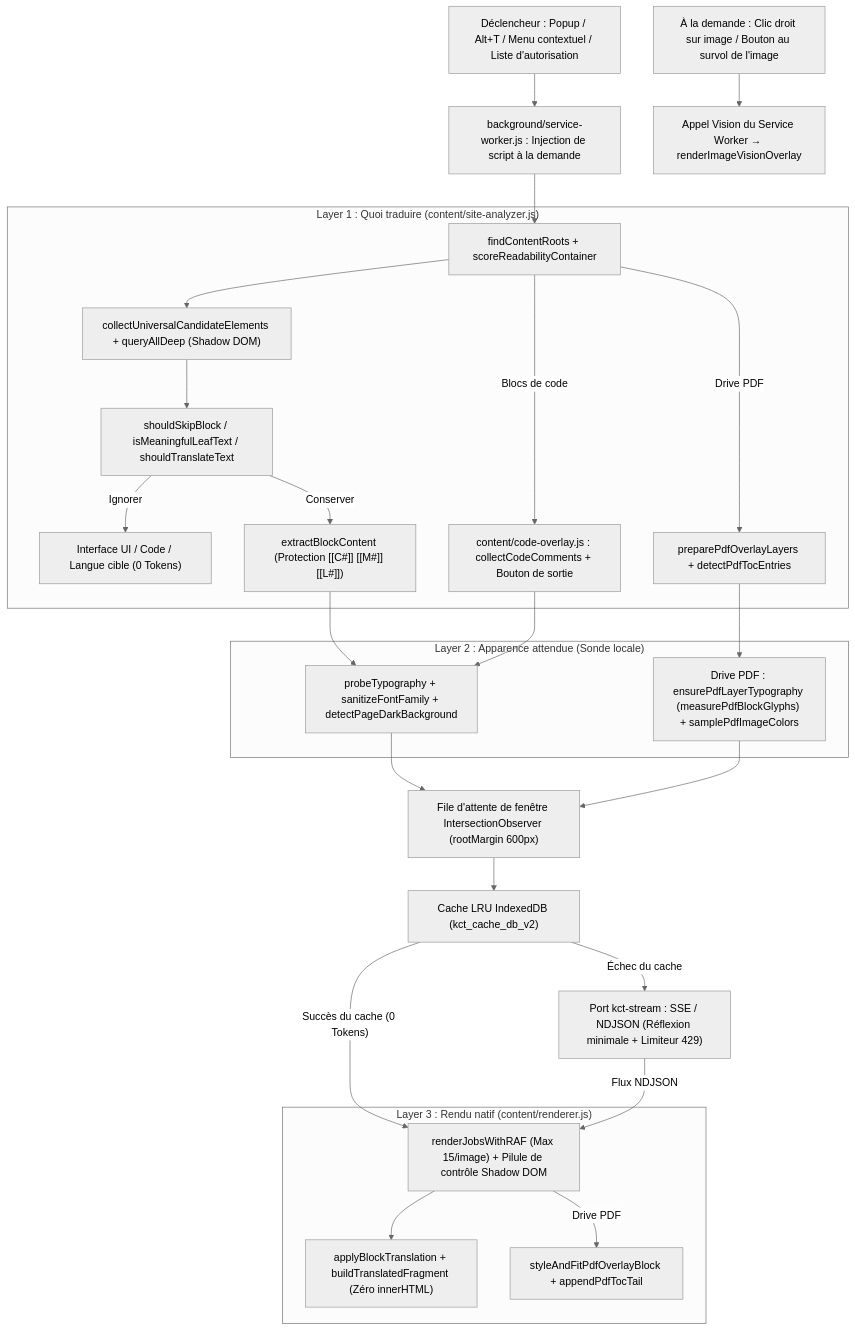
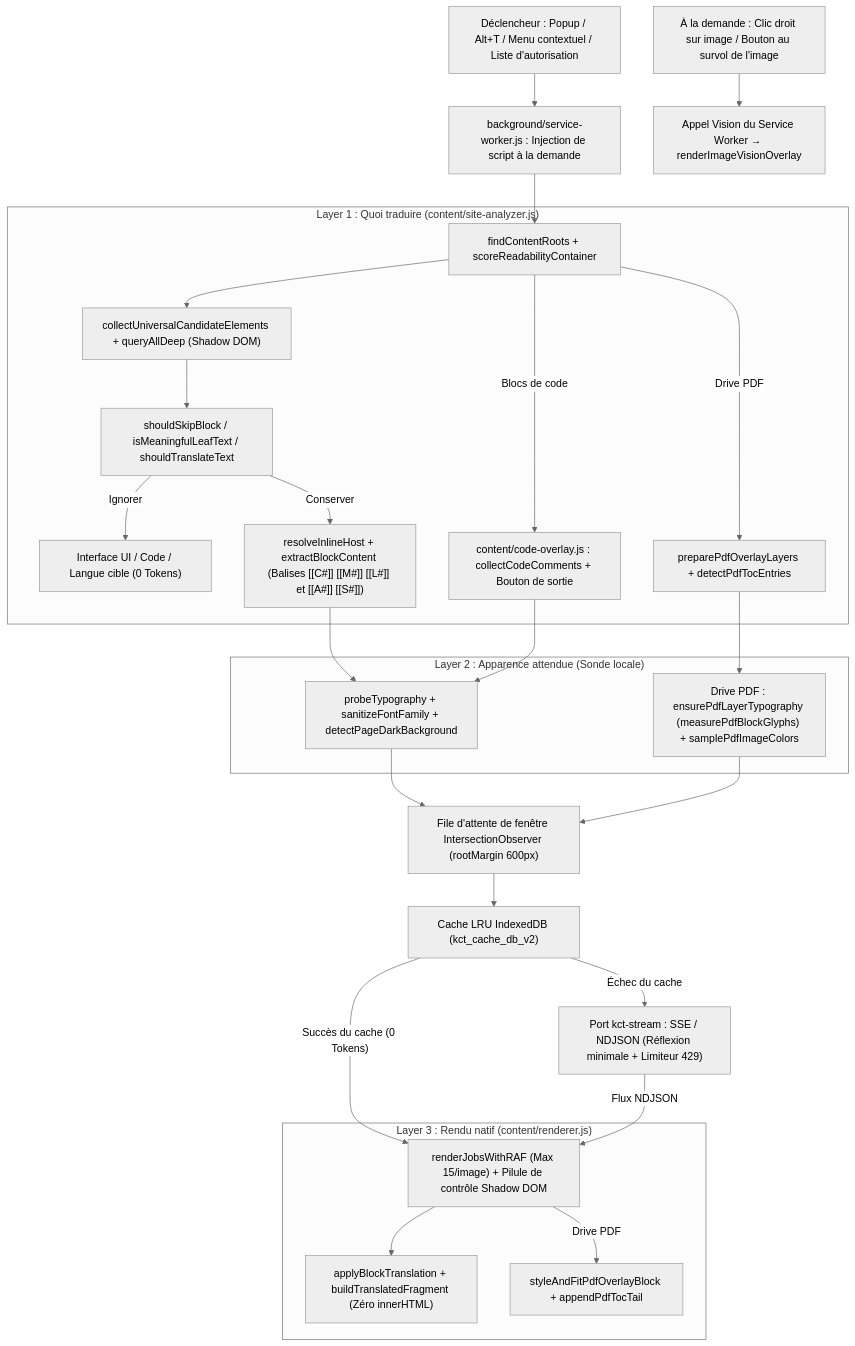
Before and after one commit to Chih-Kai-Wang/kaggle-course-translator: the second of 2 diagrams in README.fr.md, drawn with Mermaid (neutral theme). The commit also changed other lines of this file and 47 other files, not shown here.

````diff
--- a/README.fr.md
+++ b/README.fr.md
@@ -104,39 +126,39 @@
 ```mermaid
 flowchart TD
     A["Déclencheur : Popup / Alt+T / Menu contextuel / Liste d'autorisation"] --> B["background/service-worker.js : Injection de script à la demande"]
     B --> C1
 
     subgraph L1["Layer 1 : Quoi traduire (content/site-analyzer.js)"]
         C1["findContentRoots + scoreReadabilityContainer"]
         C1 --> C2["collectUniversalCandidateElements + queryAllDeep (Shadow DOM)"]
         C2 --> C3["shouldSkipBlock / isMeaningfulLeafText / shouldTranslateText"]
         C3 -->|"Ignorer"| SKIP["Interface UI / Code / Langue cible (0 Tokens)"]
-        C3 -->|"Conserver"| C4["extractBlockContent (Protection [[C#]] [[M#]] [[L#]])"]
+        C3 -->|"Conserver"| C4["resolveInlineHost + extractBlockContent (Balises [[C#]] [[M#]] [[L#]] et [[A#]] [[S#]])"]
         C1 -->|"Drive PDF"| C5["preparePdfOverlayLayers + detectPdfTocEntries"]
         C1 -->|"Blocs de code"| C6["content/code-overlay.js : collectCodeComments + Bouton de sortie"]
     end
 
     subgraph L2["Layer 2 : Apparence attendue (Sonde locale)"]
         D1["probeTypography + sanitizeFontFamily + detectPageDarkBackground"]
         D2["Drive PDF : ensurePdfLayerTypography (measurePdfBlockGlyphs) + samplePdfImageColors"]
     end
 
     C4 --> D1
     C6 --> D1
     C5 --> D2
 
     D1 --> Q1["File d'attente de fenêtre IntersectionObserver (rootMargin 600px)"]
     D2 --> Q1
     Q1 --> Q2["Cache LRU IndexedDB (kct_cache_db_v2)"]
     Q2 -->|"Succès du cache (0 Tokens)"| R1
     Q2 -->|"Échec du cache"| Q3["Port kct-stream : SSE / NDJSON (Réflexion minimale + Limiteur 429)"]
     Q3 -->|"Flux NDJSON"| R1
 
     subgraph L3["Layer 3 : Rendu natif (content/renderer.js)"]
         R1["renderJobsWithRAF (Max 15/image) + Pilule de contrôle Shadow DOM"]
         R1 --> R2["applyBlockTranslation + buildTranslatedFragment (Zéro innerHTML)"]
         R1 -->|"Drive PDF"| R3["styleAndFitPdfOverlayBlock + appendPdfTocTail"]
     end
 
     M1["À la demande : Clic droit sur image / Bouton au survol de l'image"] --> M2["Appel Vision du Service Worker → renderImageVisionOverlay"]
 ```
````
